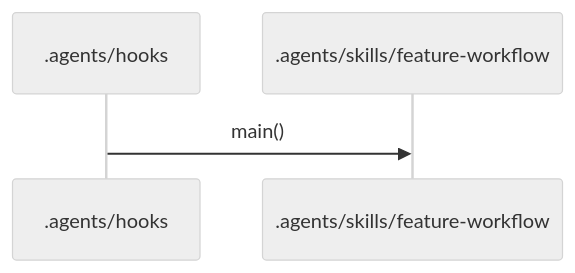
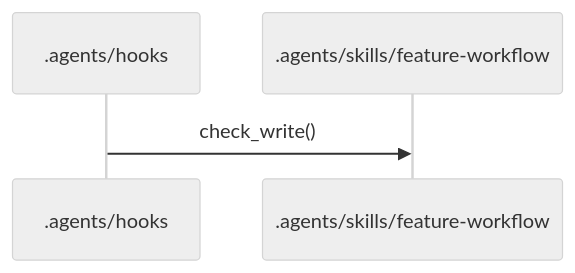
The fifth of 15 diagrams in .workflow/cache/flows.md (TajVirani/llm-scaffold-claude), drawn with Mermaid (neutral theme) before and after one commit. The commit also changed other lines of this file and 15 other files, not shown here.

````diff
--- a/.workflow/cache/flows.md
+++ b/.workflow/cache/flows.md
@@ -126,6 +122,6 @@
 ```mermaid
 sequenceDiagram
   participant _agents_hooks as .agents/hooks
   participant _agents_skills_feature_workflow as .agents/skills/feature-workflow
-  _agents_hooks->>_agents_skills_feature_workflow: main()
+  _agents_hooks->>_agents_skills_feature_workflow: check_write()
 ```
````
